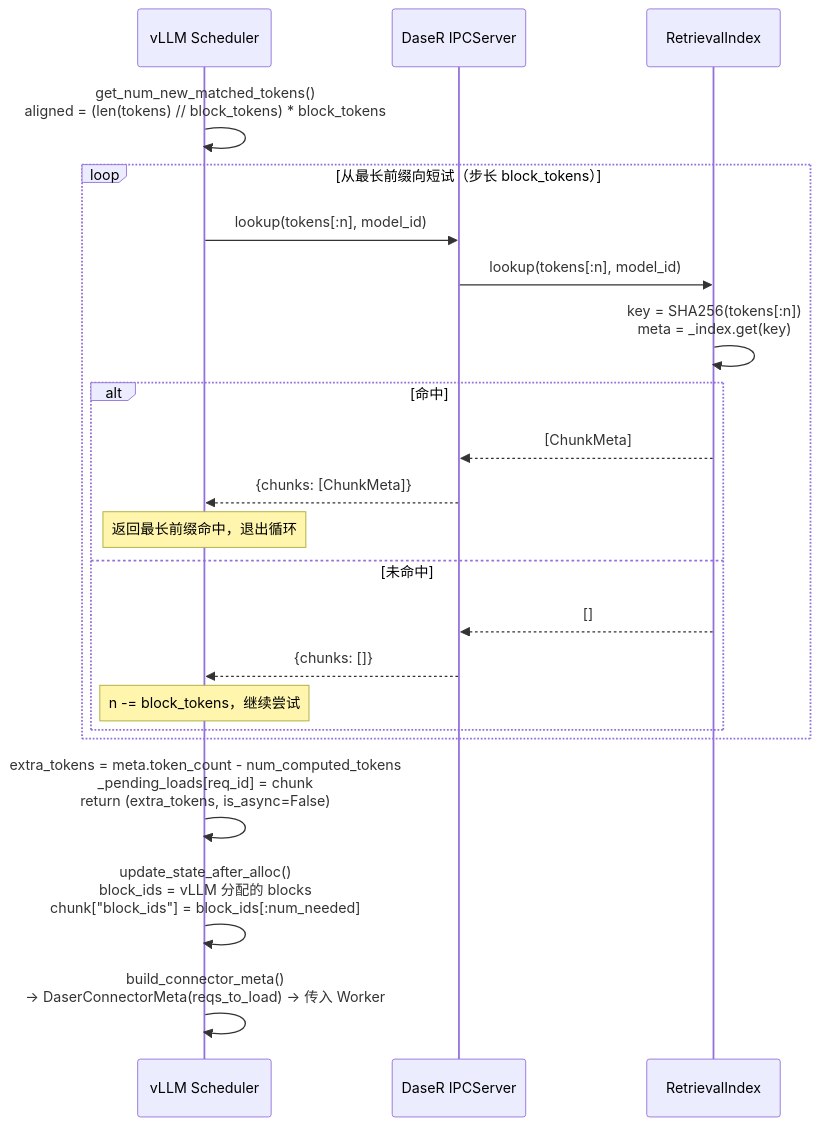
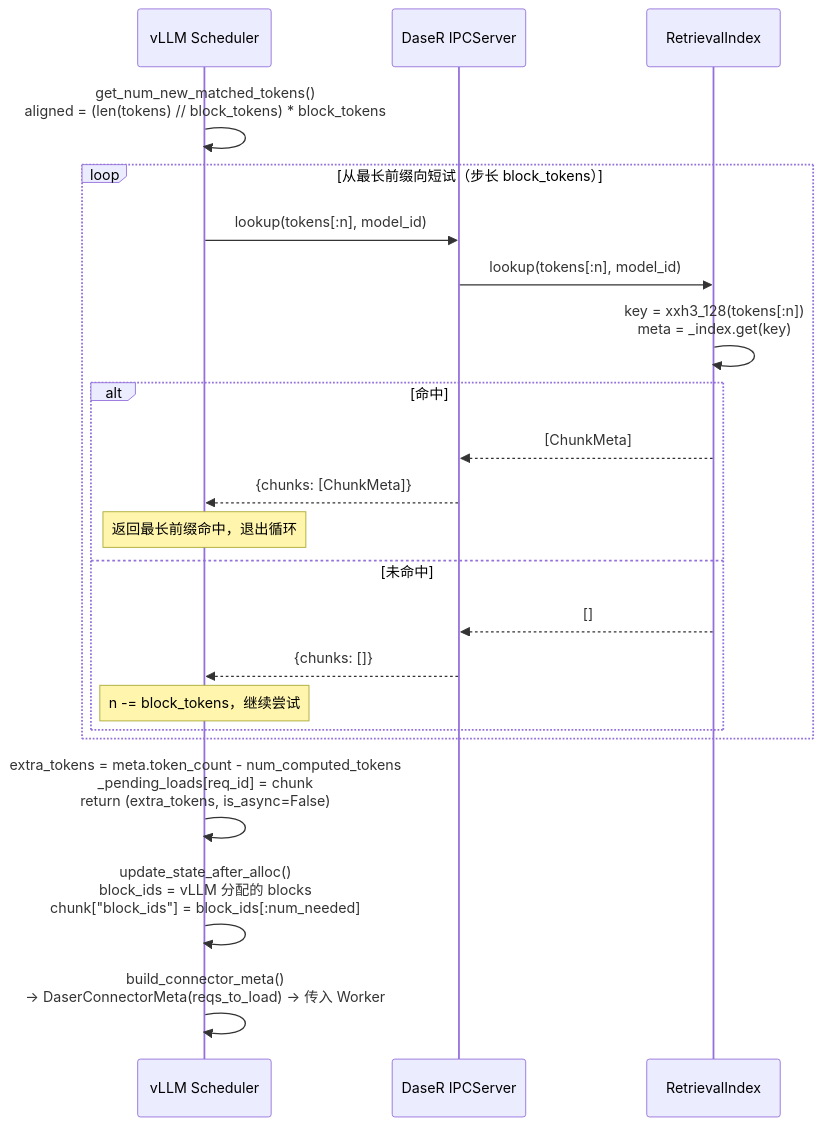
The fourth of 6 diagrams in docs/design/flows.md (7774596/DaseR), drawn with Mermaid before and after one commit. The commit also changed other lines of this file and 18 other files, not shown here.

````diff
--- a/docs/design/flows.md
+++ b/docs/design/flows.md
@@ -95,29 +95,29 @@
 ```mermaid
 sequenceDiagram
     participant S as vLLM Scheduler
     participant IPC as DaseR IPCServer
     participant RI as RetrievalIndex
 
     S->>S: get_num_new_matched_tokens()<br/>aligned = (len(tokens) // block_tokens) * block_tokens
 
     loop 从最长前缀向短试（步长 block_tokens）
         S->>IPC: lookup(tokens[:n], model_id)
         IPC->>RI: lookup(tokens[:n], model_id)
-        RI->>RI: key = SHA256(tokens[:n])<br/>meta = _index.get(key)
+        RI->>RI: key = xxh3_128(tokens[:n])<br/>meta = _index.get(key)
         alt 命中
             RI-->>IPC: [ChunkMeta]
             IPC-->>S: {chunks: [ChunkMeta]}
             Note over S: 返回最长前缀命中，退出循环
         else 未命中
             RI-->>IPC: []
             IPC-->>S: {chunks: []}
             Note over S: n -= block_tokens，继续尝试
         end
     end
 
     S->>S: extra_tokens = meta.token_count - num_computed_tokens<br/>_pending_loads[req_id] = chunk<br/>return (extra_tokens, is_async=False)
 
     S->>S: update_state_after_alloc()<br/>block_ids = vLLM 分配的 blocks<br/>chunk["block_ids"] = block_ids[:num_needed]
 
     S->>S: build_connector_meta()<br/>→ DaserConnectorMeta(reqs_to_load) → 传入 Worker
 ```
````
